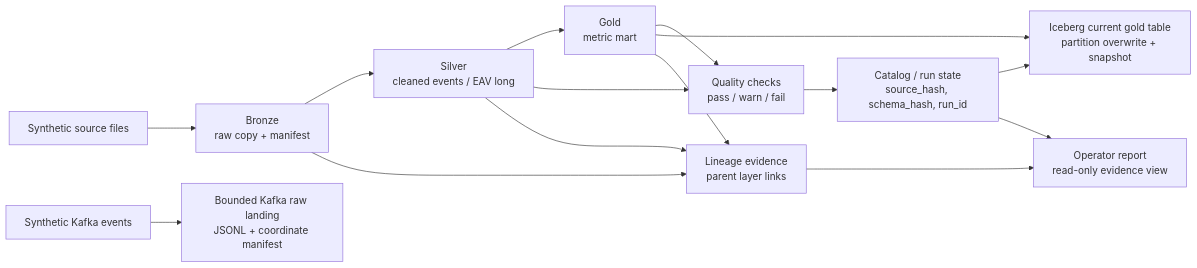
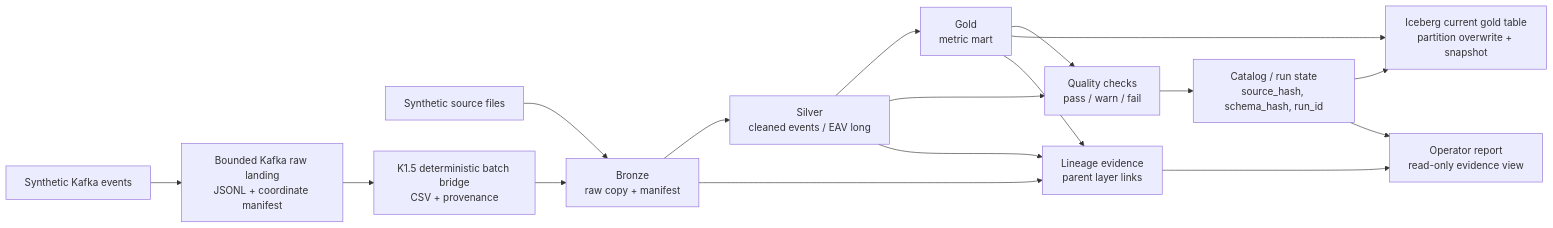
The first of 2 diagrams in PROJECT_PROGRESS_MAP.ko.md (junhyun-dev/manufacturing-data-platform-mini), drawn with Mermaid before and after one commit. The commit also changed other lines of this file and 15 other files, not shown here.

Commit message:
Implement Kafka landing-to-batch bridge

````diff
--- a/PROJECT_PROGRESS_MAP.ko.md
+++ b/PROJECT_PROGRESS_MAP.ko.md
@@ -31,27 +31,28 @@
 ```mermaid
 flowchart LR
   raw["Synthetic source files"]
   bronze["Bronze\nraw copy + manifest"]
   silver["Silver\ncleaned events / EAV long"]
   gold["Gold\nmetric mart"]
   quality["Quality checks\npass / warn / fail"]
   catalog["Catalog / run state\nsource_hash, schema_hash, run_id"]
   lineage["Lineage evidence\nparent layer links"]
   iceberg_current["Iceberg current gold table\npartition overwrite + snapshot"]
   report["Operator report\nread-only evidence view"]
   kafka_source["Synthetic Kafka events"]
   kafka_raw["Bounded Kafka raw landing\nJSONL + coordinate manifest"]
+  kafka_batch["K1.5 deterministic batch bridge\nCSV + provenance"]
 
   raw --> bronze --> silver --> gold
   silver --> quality
   gold --> quality
   quality --> catalog
   gold --> iceberg_current
   catalog --> iceberg_current
   bronze --> lineage
   silver --> lineage
   gold --> lineage
   catalog --> report
   lineage --> report
-  kafka_source --> kafka_raw
+  kafka_source --> kafka_raw --> kafka_batch --> bronze
 ```
````
